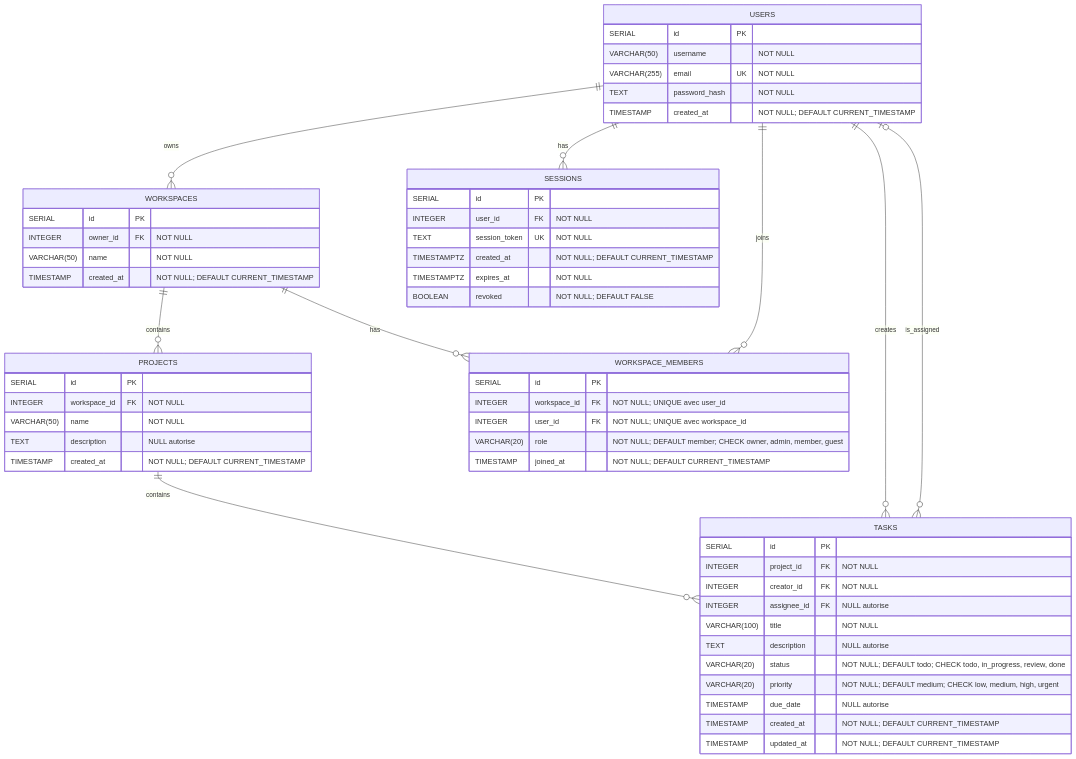
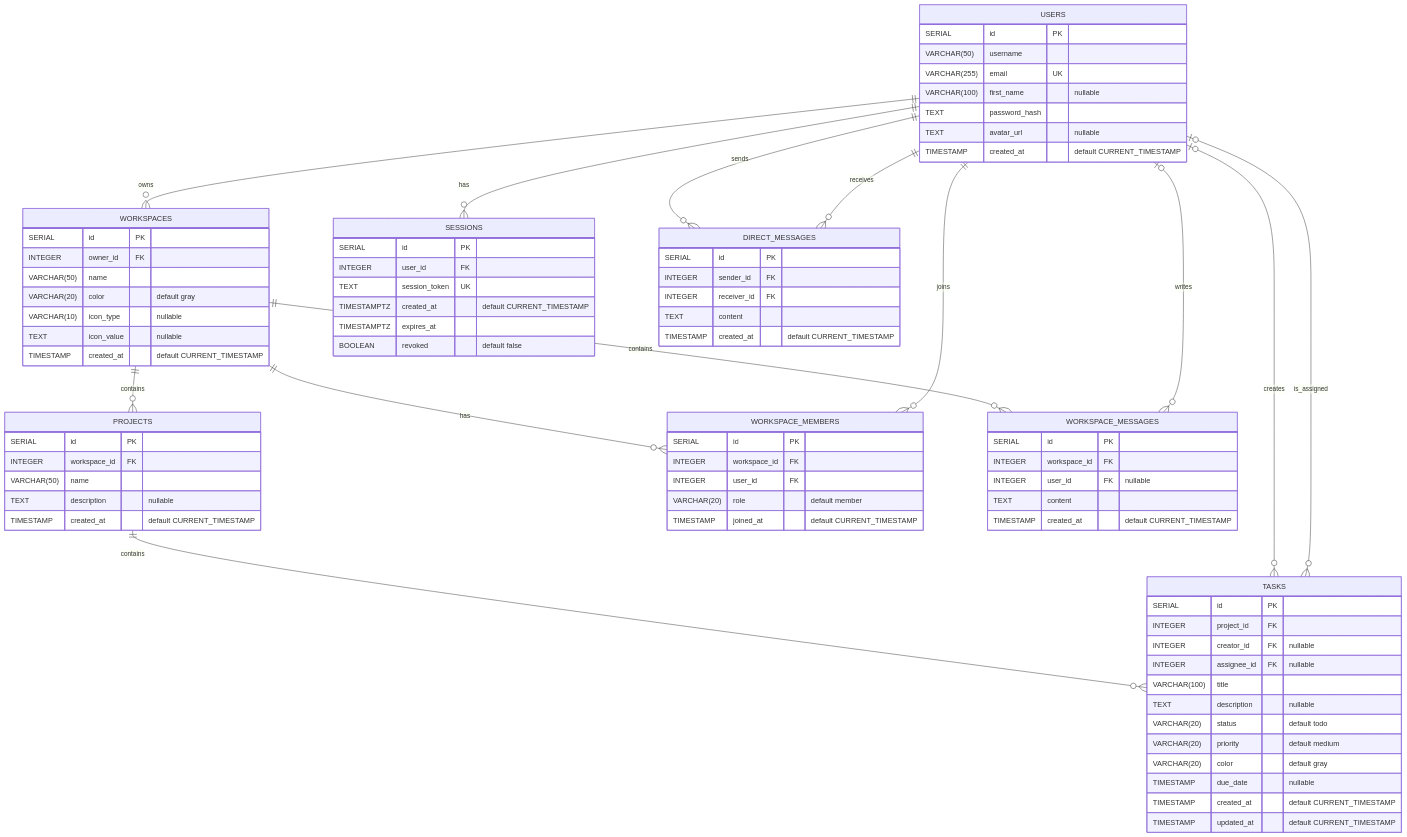
The diagram in docs/db.md (JAuxance/TaskFlow), drawn with Mermaid before and after one commit. The commit also changed other lines of this file and 28 other files, not shown here.

Commit message:
Clean up code and document architecture, API and database

````diff
--- a/docs/db.md
+++ b/docs/db.md
@@ -5,63 +24,89 @@
     USERS ||--o{ WORKSPACES : owns
     WORKSPACES ||--o{ PROJECTS : contains
     PROJECTS ||--o{ TASKS : contains
-    USERS ||--o{ TASKS : creates
+    USERS |o--o{ TASKS : creates
     USERS |o--o{ TASKS : is_assigned
     WORKSPACES ||--o{ WORKSPACE_MEMBERS : has
     USERS ||--o{ WORKSPACE_MEMBERS : joins
     USERS ||--o{ SESSIONS : has
+    WORKSPACES ||--o{ WORKSPACE_MESSAGES : contains
+    USERS |o--o{ WORKSPACE_MESSAGES : writes
+    USERS ||--o{ DIRECT_MESSAGES : sends
+    USERS ||--o{ DIRECT_MESSAGES : receives
 
     USERS {
         SERIAL id PK
-        VARCHAR(50) username "NOT NULL"
-        VARCHAR(255) email UK "NOT NULL"
-        TEXT password_hash "NOT NULL"
-        TIMESTAMP created_at "NOT NULL; DEFAULT CURRENT_TIMESTAMP"
+        VARCHAR(50) username
+        VARCHAR(255) email UK
+        VARCHAR(100) first_name "nullable"
+        TEXT password_hash
+        TEXT avatar_url "nullable"
+        TIMESTAMP created_at "default CURRENT_TIMESTAMP"
     }
 
     WORKSPACES {
         SERIAL id PK
-        INTEGER owner_id FK "NOT NULL"
-        VARCHAR(50) name "NOT NULL"
-        TIMESTAMP created_at "NOT NULL; DEFAULT CURRENT_TIMESTAMP"
+        INTEGER owner_id FK
+        VARCHAR(50) name
+        VARCHAR(20) color "default gray"
+        VARCHAR(10) icon_type "nullable"
+        TEXT icon_value "nullable"
+        TIMESTAMP created_at "default CURRENT_TIMESTAMP"
     }
 
     PROJECTS {
         SERIAL id PK
-        INTEGER workspace_id FK "NOT NULL"
-        VARCHAR(50) name "NOT NULL"
-        TEXT description "NULL autorise"
-        TIMESTAMP created_at "NOT NULL; DEFAULT CURRENT_TIMESTAMP"
+        INTEGER workspace_id FK
+        VARCHAR(50) name
+        TEXT description "nullable"
+        TIMESTAMP created_at "default CURRENT_TIMESTAMP"
     }
 
     TASKS {
         SERIAL id PK
-        INTEGER project_id FK "NOT NULL"
-        INTEGER creator_id FK "NOT NULL"
-        INTEGER assignee_id FK "NULL autorise"
-        VARCHAR(100) title "NOT NULL"
-        TEXT description "NULL autorise"
-        VARCHAR(20) status "NOT NULL; DEFAULT todo; CHECK todo, in_progress, review, done"
-        VARCHAR(20) priority "NOT NULL; DEFAULT medium; CHECK low, medium, high, urgent"
-        TIMESTAMP due_date "NULL autorise"
-        TIMESTAMP created_at "NOT NULL; DEFAULT CURRENT_TIMESTAMP"
-        TIMESTAMP updated_at "NOT NULL; DEFAULT CURRENT_TIMESTAMP"
+        INTEGER project_id FK
+        INTEGER creator_id FK "nullable"
+        INTEGER assignee_id FK "nullable"
+        VARCHAR(100) title
+        TEXT description "nullable"
+        VARCHAR(20) status "default todo"
+        VARCHAR(20) priority "default medium"
+        VARCHAR(20) color "default gray"
+        TIMESTAMP due_date "nullable"
+        TIMESTAMP created_at "default CURRENT_TIMESTAMP"
+        TIMESTAMP updated_at "default CURRENT_TIMESTAMP"
     }
 
     WORKSPACE_MEMBERS {
         SERIAL id PK
-        INTEGER workspace_id FK "NOT NULL; UNIQUE avec user_id"
-        INTEGER user_id FK "NOT NULL; UNIQUE avec workspace_id"
-        VARCHAR(20) role "NOT NULL; DEFAULT member; CHECK owner, admin, member, guest"
-        TIMESTAMP joined_at "NOT NULL; DEFAULT CURRENT_TIMESTAMP"
+        INTEGER workspace_id FK
+        INTEGER user_id FK
+        VARCHAR(20) role "default member"
+        TIMESTAMP joined_at "default CURRENT_TIMESTAMP"
     }
 
     SESSIONS {
         SERIAL id PK
-        INTEGER user_id FK "NOT NULL"
-        TEXT session_token UK "NOT NULL"
-        TIMESTAMPTZ created_at "NOT NULL; DEFAULT CURRENT_TIMESTAMP"
-        TIMESTAMPTZ expires_at "NOT NULL"
-        BOOLEAN revoked "NOT NULL; DEFAULT FALSE"
+        INTEGER user_id FK
+        TEXT session_token UK
+        TIMESTAMPTZ created_at "default CURRENT_TIMESTAMP"
+        TIMESTAMPTZ expires_at
+        BOOLEAN revoked "default false"
+    }
+
+    WORKSPACE_MESSAGES {
+        SERIAL id PK
+        INTEGER workspace_id FK
+        INTEGER user_id FK "nullable"
+        TEXT content
+        TIMESTAMP created_at "default CURRENT_TIMESTAMP"
+    }
+
+    DIRECT_MESSAGES {
+        SERIAL id PK
+        INTEGER sender_id FK
+        INTEGER receiver_id FK
+        TEXT content
+        TIMESTAMP created_at "default CURRENT_TIMESTAMP"
     }
 ```
````
